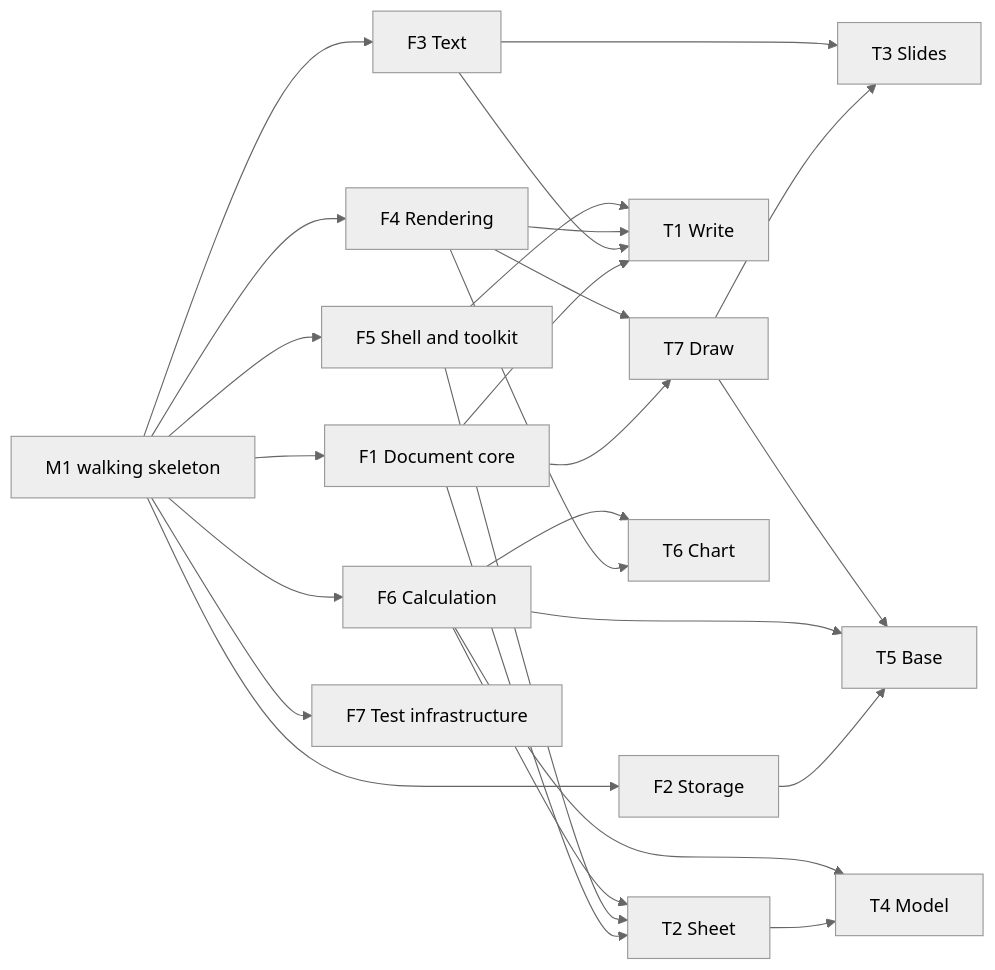
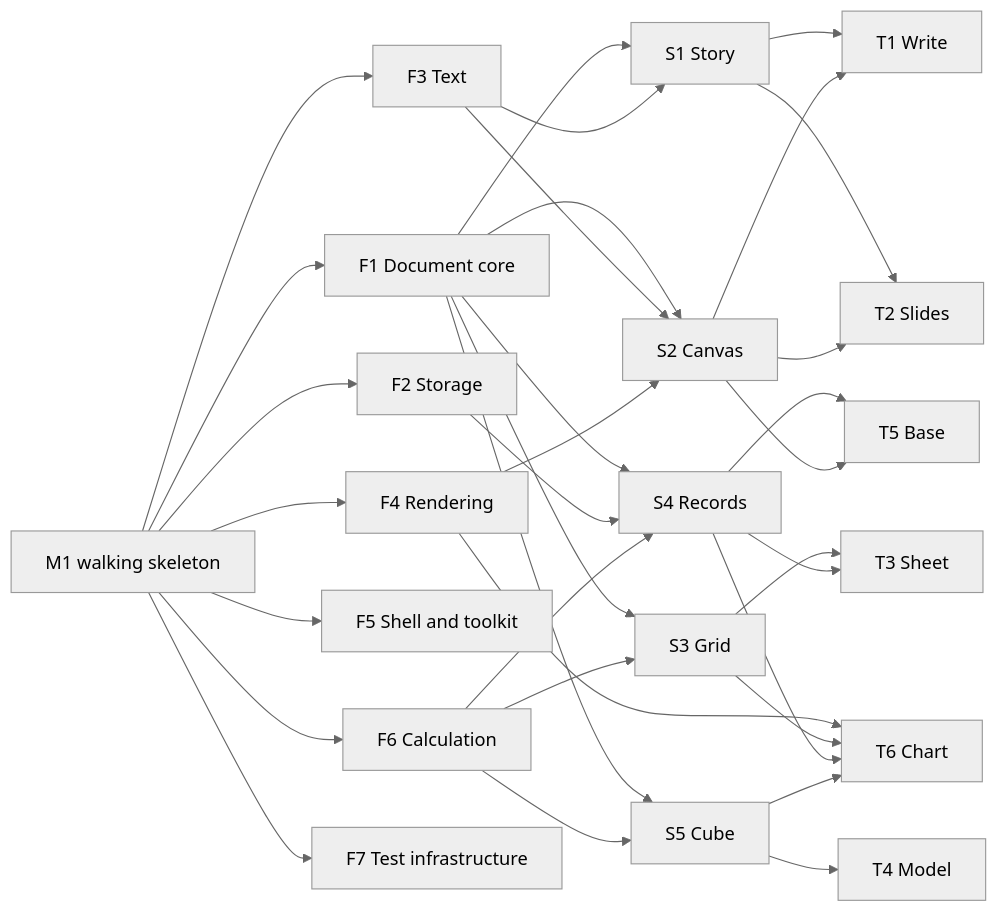
One commit to gschjetne/xworks changed the diagram in docs/TRACKS.md. Above: the diagram before and after it, drawn with Mermaid (neutral theme). The commit also changed other lines of this file and 1 other file, not shown here.

First line of the commit message:
Propose substrates: story, canvas, grid, records, cube (M0)

````diff
--- a/docs/TRACKS.md
+++ b/docs/TRACKS.md
@@ -84,27 +100,34 @@
 ```mermaid
 flowchart LR
   M1["M1 walking skeleton"]
   F1["F1 Document core"]
   F2["F2 Storage"]
   F3["F3 Text"]
   F4["F4 Rendering"]
   F5["F5 Shell and toolkit"]
   F6["F6 Calculation"]
   F7["F7 Test infrastructure"]
+  S1["S1 Story"]
+  S2["S2 Canvas"]
+  S3["S3 Grid"]
+  S4["S4 Records"]
+  S5["S5 Cube"]
   T1["T1 Write"]
-  T2["T2 Sheet"]
-  T3["T3 Slides"]
+  T2["T2 Slides"]
+  T3["T3 Sheet"]
   T4["T4 Model"]
   T5["T5 Base"]
   T6["T6 Chart"]
-  T7["T7 Draw"]
 
   M1 --> F1 & F2 & F3 & F4 & F5 & F6 & F7
-  F1 & F3 & F4 & F5 --> T1
-  F1 & F5 & F6 --> T2
-  T2 & F6 --> T4
-  F1 & F4 --> T7
-  T7 & F3 --> T3
-  F2 & F6 & T7 --> T5
-  F4 & F6 --> T6
+  F1 & F3 --> S1
+  F1 & F3 & F4 --> S2
+  F1 & F6 --> S3
+  F1 & F2 & F6 --> S4
+  F1 & F6 --> S5
+  S1 & S2 --> T1 & T2
+  S3 & S4 --> T3
+  S5 --> T4
+  S4 & S2 --> T5
+  F4 & S3 & S4 & S5 --> T6
 ```
````
